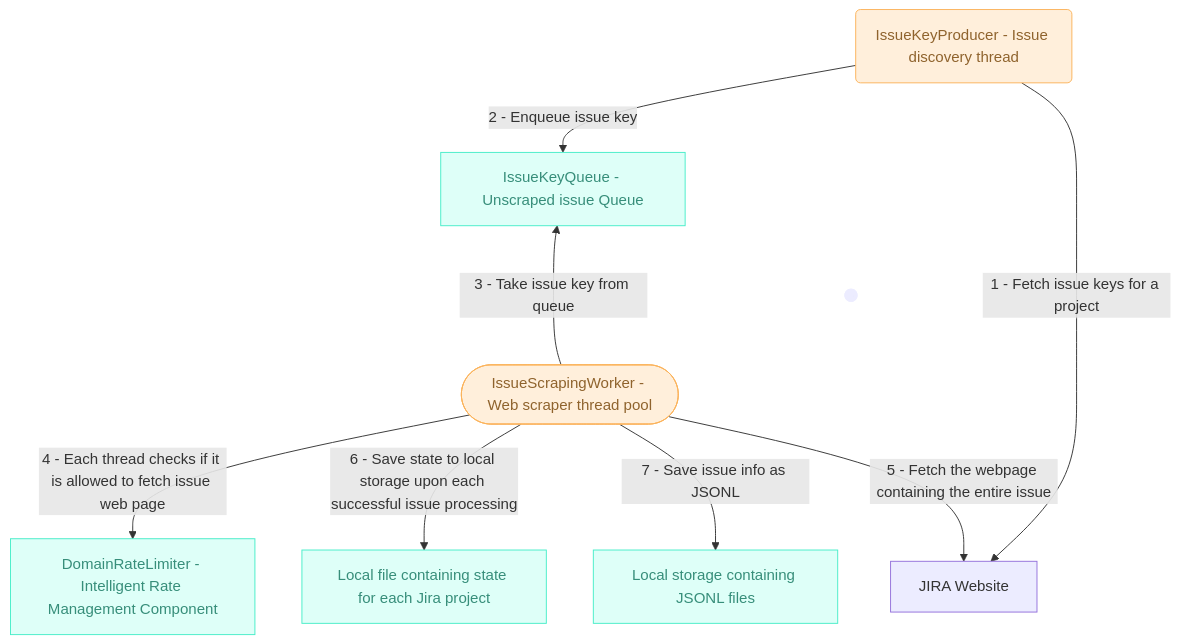
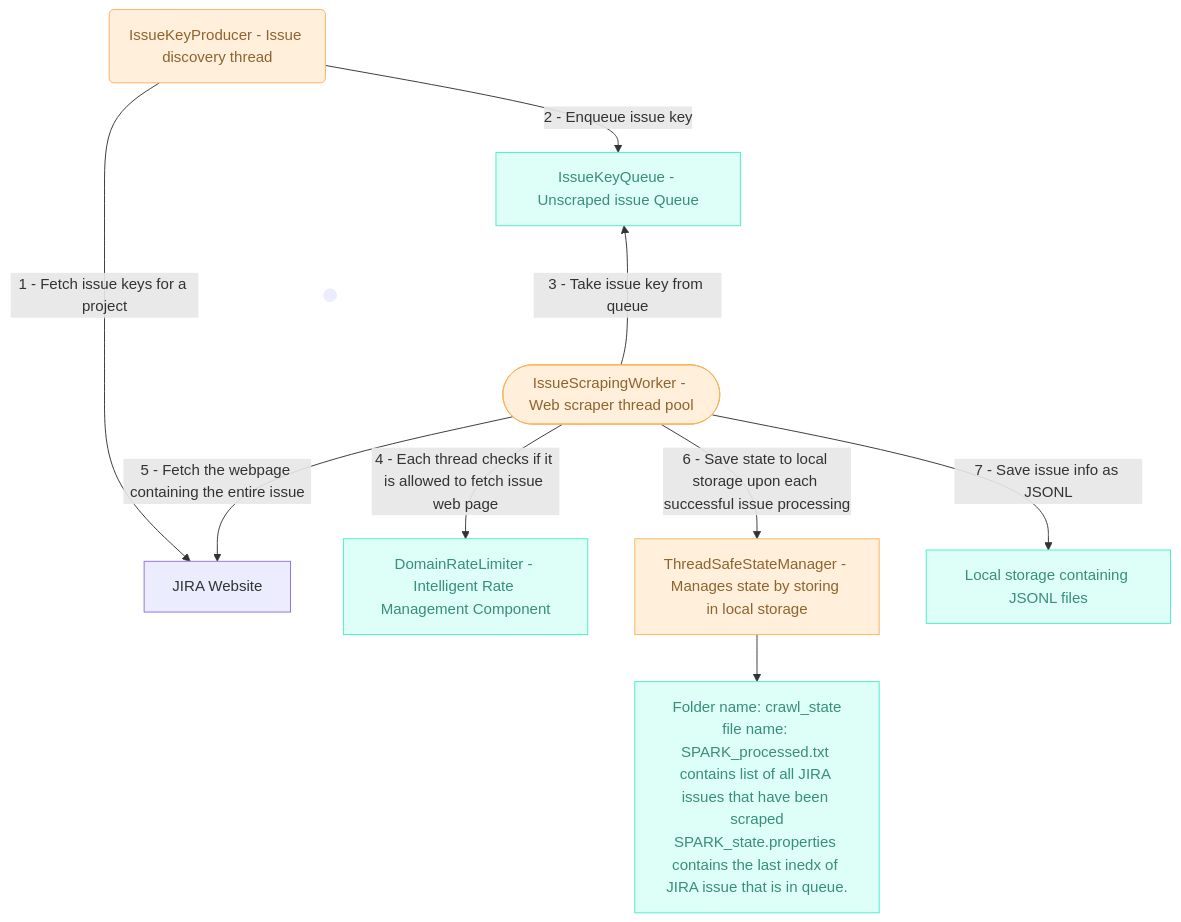
The diagram in README.md (nakulh/JIRA-CRAWLER), drawn with Mermaid before and after one commit. The commit also changed other lines of this file and 7 other files, not shown here.

Commit message:
Adde thread safe state manager

````diff
--- a/README.md
+++ b/README.md
@@ -6,28 +6,31 @@
 ```mermaid
 flowchart TD
     A["IssueKeyProducer - Issue discovery thread"] -- "2 - Enqueue issue key" --> B["IssueKeyQueue - Unscraped issue Queue"]
     A -- "1 - Fetch issue keys for a project" --> n1["JIRA Website"]
     A ~~~ D1[" "]
     B ~~~ D1
     n1 ~~~ D1
     D1 ~~~ C(["IssueScrapingWorker - Web scraper thread pool"])
     C -- "3 - Take issue key from queue" --> B
     C -- "4 - Each thread checks if it is allowed to fetch issue web page" --> n2["DomainRateLimiter - Intelligent Rate Management Component"]
     C -- "5 - Fetch the webpage containing the entire issue" --> n1
-    C -- "6 - Save state to local storage upon each successful issue processing" --> n3["Local file containing state for each Jira project"]
+    C -- "6 - Save state to local storage upon each successful issue processing" --> n3["ThreadSafeStateManager - Manages state by storing in local storage"]
     C -- "7 - Save issue info as JSONL" --> n4["Local storage containing JSONL files"]
+    n3 --> n5["Folder name: crawl_state<br>file name: SPARK_processed.txt contains list of all JIRA issues that have been scraped<br>SPARK_state.properties contains the last inedx of JIRA issue that is in queue."]
+
     A@{ shape: rounded}
     B@{ shape: rect}
     n1@{ shape: rect}
     D1@{ shape: fr-circ}
      A:::Peach
      B:::Aqua
      C:::Peach
      n2:::Aqua
-     n3:::Aqua
+     n3:::Peach
      n4:::Aqua
+     n5:::Aqua
     classDef Peach stroke-width:1px, stroke-dasharray:none, stroke:#FBB35A, fill:#FFEFDB, color:#8F632D
     classDef Aqua stroke-width:1px, stroke-dasharray:none, stroke:#46EDC8, fill:#DEFFF8, color:#378E7A
     style D1 stroke-width:1px,stroke-dasharray: 1,stroke:none
     linkStyle 5 stroke:none,fill:none
 ```
````
